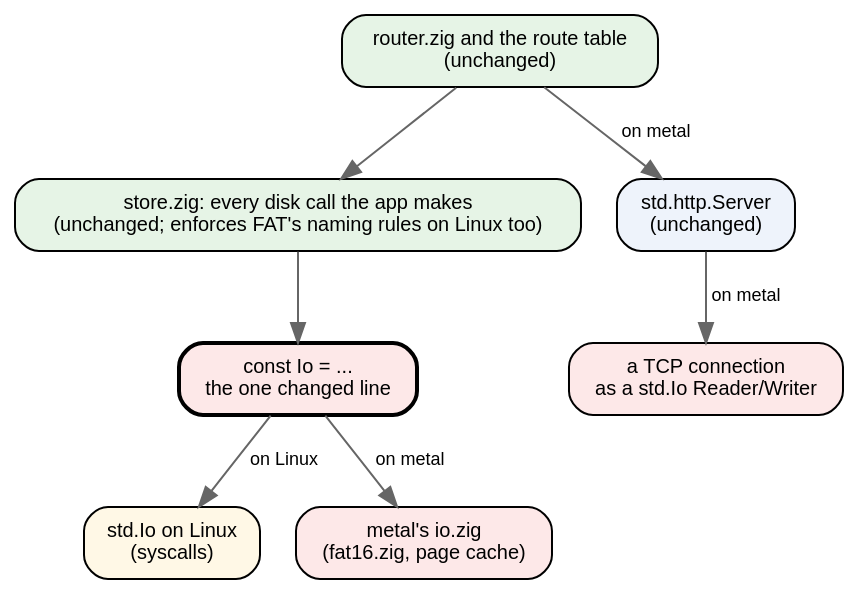
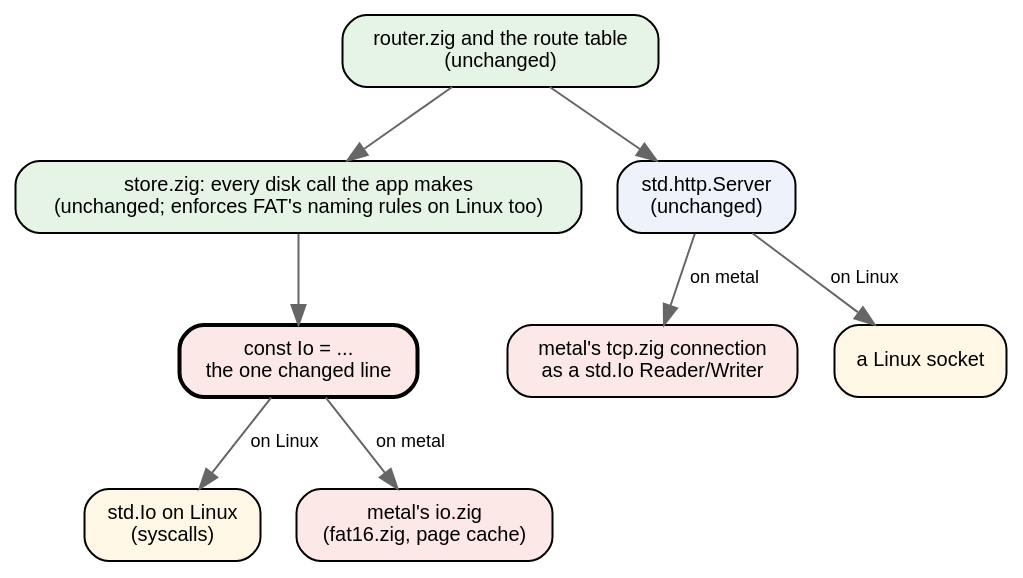
One commit to showell/essay-repl-server changed the second of 9 diagrams in notes/gopher-chat-on-its-own-kernel.md. Above: the diagram before and after it, drawn with Graphviz. The commit also changed other lines of this file, not shown here.

Commit message:
notes: Gopher Chat on its own kernel, draft 2 (users section, request in two diagrams, arrows explained, TCP as one loop turn)

````diff
--- a/notes/gopher-chat-on-its-own-kernel.md
+++ b/notes/gopher-chat-on-its-own-kernel.md
@@ -62,20 +81,23 @@
 ```dot
 digraph seam {
   rankdir=TB; bgcolor="transparent";
   node [shape=box style="rounded,filled" fontname="Helvetica" fontsize=10 fillcolor="#ffffff"];
   edge [fontname="Helvetica" fontsize=9 color="#666666"];
 
   routes [label="router.zig and the route table\n(unchanged)" fillcolor="#e6f4e6"];
   store [label="store.zig: every disk call the app makes\n(unchanged; enforces FAT's naming rules on Linux too)" fillcolor="#e6f4e6"];
   http [label="std.http.Server\n(unchanged)" fillcolor="#eef3fb"];
   io [label="const Io = ...\nthe one changed line" fillcolor="#fde8e8" penwidth=2];
   linux [label="std.Io on Linux\n(syscalls)" fillcolor="#fff8e6"];
   metal [label="metal's io.zig\n(fat16.zig, page cache)" fillcolor="#fde8e8"];
-  stream [label="a TCP connection\nas a std.Io Reader/Writer" fillcolor="#fde8e8"];
+  stream [label="metal's tcp.zig connection\nas a std.Io Reader/Writer" fillcolor="#fde8e8"];
+  socket [label="a Linux socket" fillcolor="#fff8e6"];
 
   routes -> store -> io;
   io -> linux [label="on Linux"];
   io -> metal [label="on metal"];
-  routes -> http -> stream [label="on metal"];
+  routes -> http;
+  http -> socket [label="on Linux"];
+  http -> stream [label="on metal"];
 }
 ```
````
